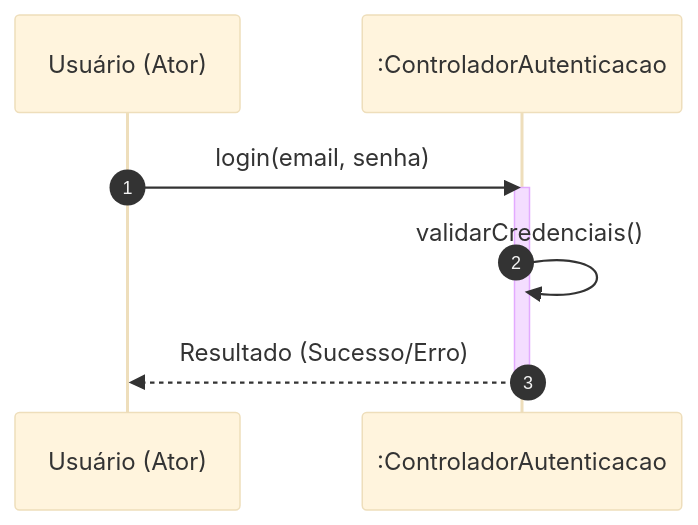
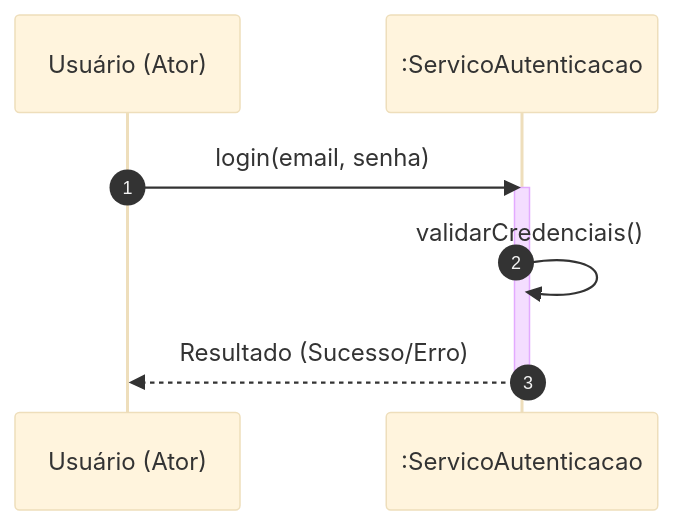
The second of 2 diagrams in PIM_III/02_Modelagem_UML_Astah/UC01_Realizar_Login/README.md (MayconDIS/PIM_III-Documentacao_UML), drawn with Mermaid (base theme) before and after one commit. The commit also changed other lines of this file and 86 other files, not shown here.

Commit message:
docs(uml): add comprehensive UML diagrams and tutorials for all 15 use cases

````diff
--- a/PIM_III/02_Modelagem_UML_Astah/UC01_Realizar_Login/README.md
+++ b/PIM_III/02_Modelagem_UML_Astah/UC01_Realizar_Login/README.md
@@ -58,11 +58,11 @@
 ```mermaid
 sequenceDiagram
     autonumber
     participant U as Usuário (Ator)
-    participant C as :ControladorAutenticacao
+    participant C as :ServicoAutenticacao
     U->>C: login(email, senha)
     activate C
     C->>C: validarCredenciais()
     C-->>U: Resultado (Sucesso/Erro)
     deactivate C
 ```
````
